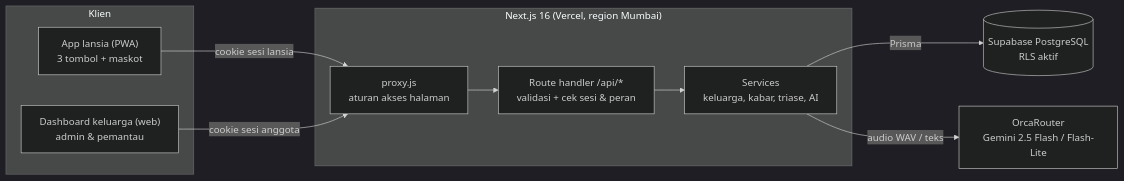
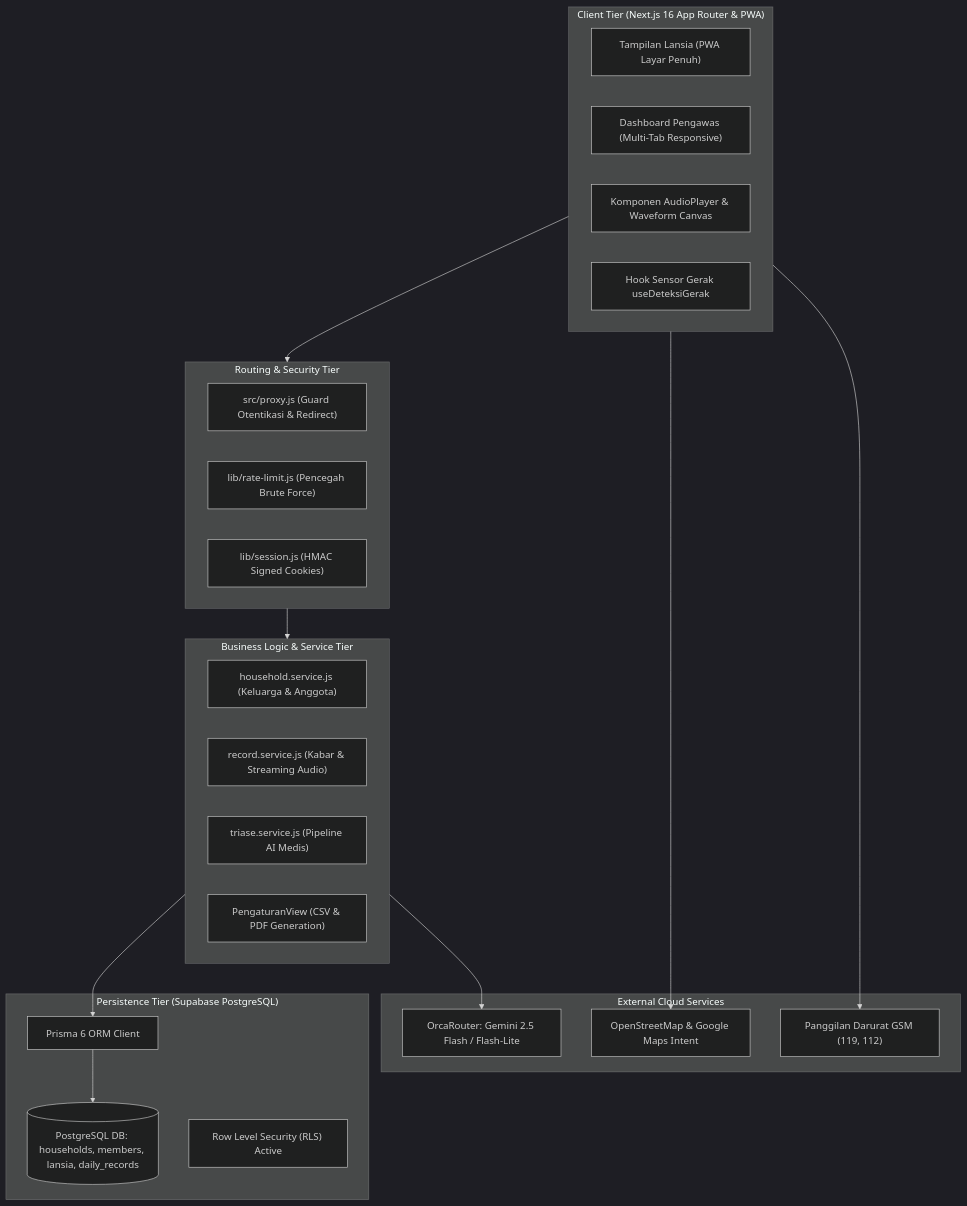
Before and after one commit to Nazca13/himtec-01: the fifth of 6 diagrams in readthis.md, drawn with Mermaid (dark theme). The commit also changed other lines of this file and 11 other files, not shown here.

````diff
--- a/readthis.md
+++ b/readthis.md
@@ -179,20 +330,41 @@
 ```mermaid
-flowchart LR
-    subgraph Klien
-        L["App lansia (PWA)<br/>3 tombol + maskot"]
-        K["Dashboard keluarga (web)<br/>admin & pemantau"]
+flowchart TD
+    subgraph Frontend["Client Tier (Next.js 16 App Router & PWA)"]
+        UI_Lansia["Tampilan Lansia (PWA Layar Penuh)"]
+        UI_Pengawas["Dashboard Pengawas (Multi-Tab Responsive)"]
+        UI_Audio["Komponen AudioPlayer & Waveform Canvas"]
+        UI_Sensor["Hook Sensor Gerak useDeteksiGerak"]
     end
-    subgraph Server["Next.js 16 (Vercel, region Mumbai)"]
-        P["proxy.js<br/>aturan akses halaman"]
-        API["Route handler /api/*<br/>validasi + cek sesi & peran"]
-        SV["Services<br/>keluarga, kabar, triase, AI"]
+
+    subgraph Middleware["Routing & Security Tier"]
+        Proxy["src/proxy.js (Guard Otentikasi & Redirect)"]
+        RateLimit["lib/rate-limit.js (Pencegah Brute Force)"]
+        Session["lib/session.js (HMAC Signed Cookies)"]
     end
-    DB[("Supabase PostgreSQL<br/>RLS aktif")]
-    AI["OrcaRouter<br/>Gemini 2.5 Flash / Flash-Lite"]
 
-    L -- "cookie sesi lansia" --> P
-    K -- "cookie sesi anggota" --> P
-    P --> API --> SV
-    SV -- Prisma --> DB
-    SV -- "audio WAV / teks" --> AI
+    subgraph BackendServices["Business Logic & Service Tier"]
+        AuthSvc["household.service.js (Keluarga & Anggota)"]
+        RecordSvc["record.service.js (Kabar & Streaming Audio)"]
+        TriageSvc["triase.service.js (Pipeline AI Medis)"]
+        ExportSvc["PengaturanView (CSV & PDF Generation)"]
+    end
+
+    subgraph DatabaseTier["Persistence Tier (Supabase PostgreSQL)"]
+        PrismaORM["Prisma 6 ORM Client"]
+        Tables[("PostgreSQL DB: households, members, lansia, daily_records")]
+        RLS["Row Level Security (RLS) Active"]
+    end
+
+    subgraph ExternalTier["External Cloud Services"]
+        OrcaAI["OrcaRouter: Gemini 2.5 Flash / Flash-Lite"]
+        MapsAPI["OpenStreetMap & Google Maps Intent"]
+        Telco["Panggilan Darurat GSM (119, 112)"]
+    end
+
+    Frontend --> Middleware
+    Middleware --> BackendServices
+    BackendServices --> PrismaORM --> Tables
+    BackendServices --> OrcaAI
+    Frontend --> MapsAPI
+    Frontend --> Telco
 ```
````
